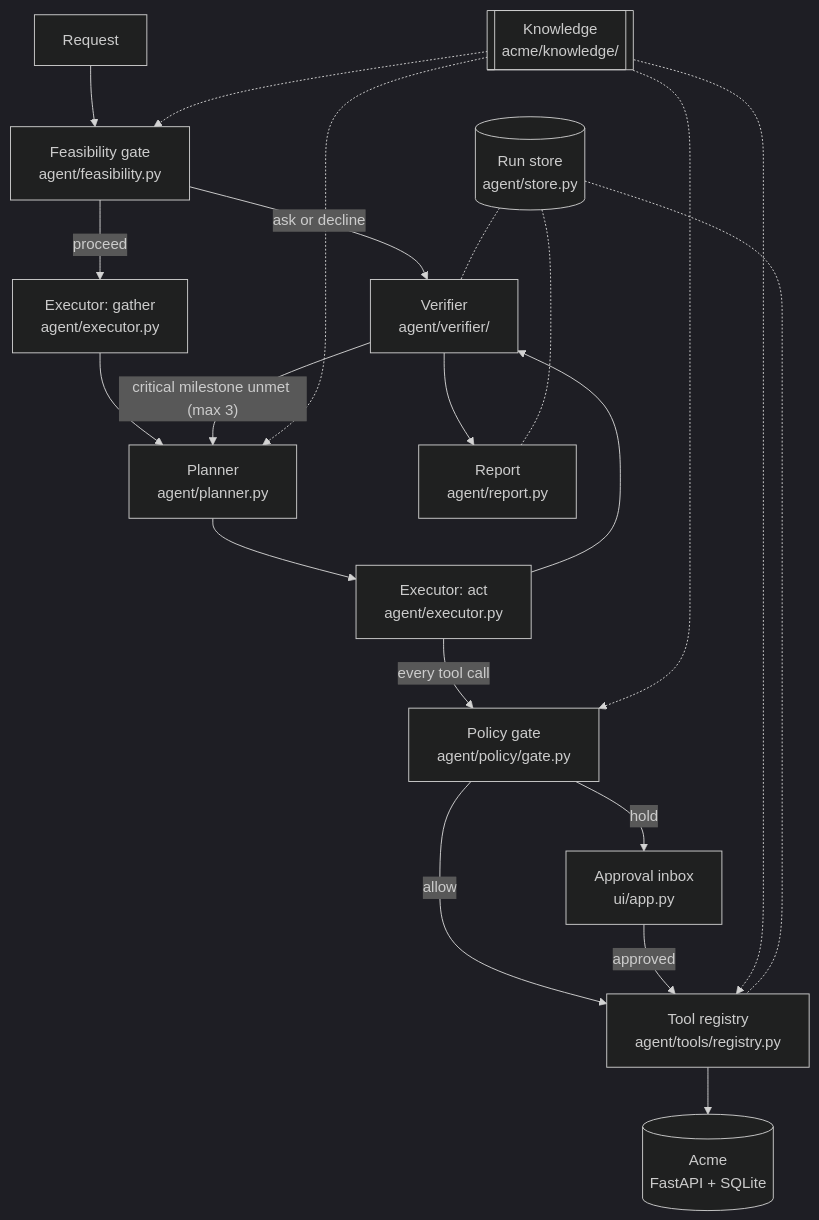
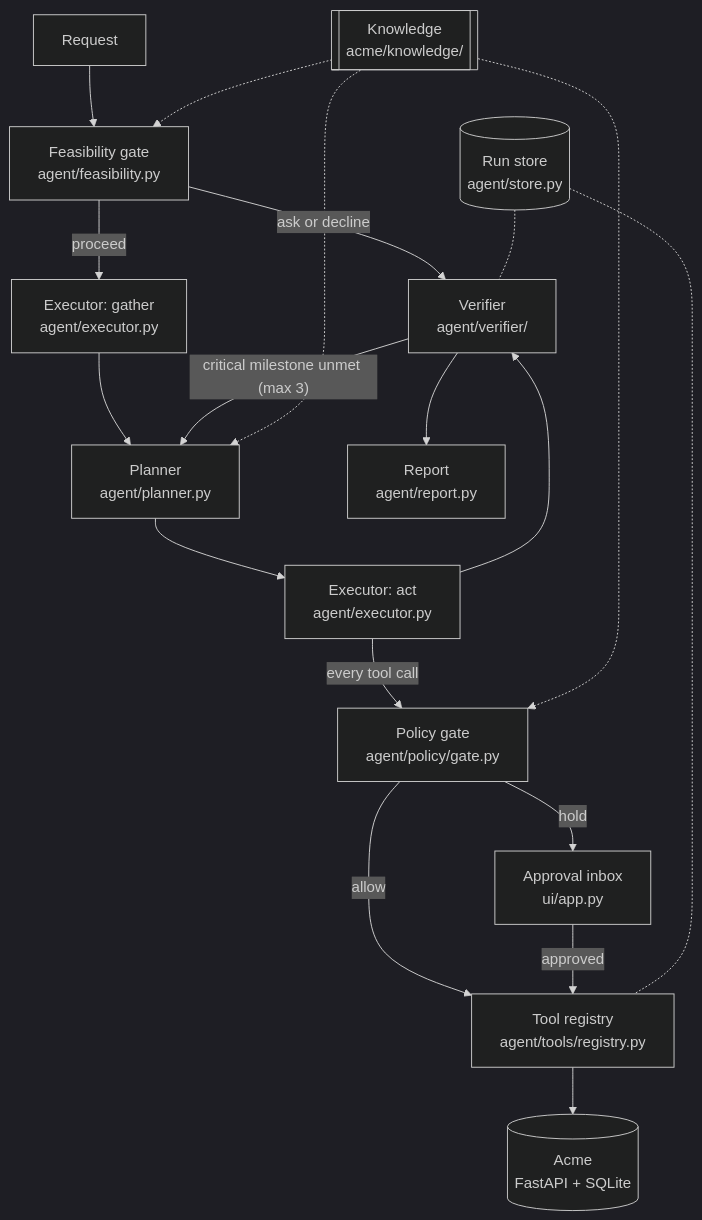
The first of 3 diagrams in README.md (Abhimanyu5100/centralign-operator), drawn with Mermaid (dark theme) before and after one commit. The commit also changed other lines of this file and 341 other files, not shown here.

````diff
--- a/README.md
+++ b/README.md
@@ -134,23 +100,21 @@
 ```mermaid
 flowchart TD
     R[Request] --> G["Feasibility gate<br/>agent/feasibility.py"]
     G -->|ask or decline| V
     G -->|proceed| X1["Executor: gather<br/>agent/executor.py"]
     X1 --> P["Planner<br/>agent/planner.py"]
     P --> X2["Executor: act<br/>agent/executor.py"]
     X2 -->|every tool call| PG["Policy gate<br/>agent/policy/gate.py"]
     PG -->|allow| TR["Tool registry<br/>agent/tools/registry.py"]
     PG -->|hold| AI["Approval inbox<br/>ui/app.py"]
     AI -->|approved| TR
     TR --> A[("Acme<br/>FastAPI + SQLite")]
     X2 --> V["Verifier<br/>agent/verifier/"]
     V -->|"critical milestone unmet (max 3)"| P
     V --> RP["Report<br/>agent/report.py"]
     K[["Knowledge<br/>acme/knowledge/"]] -.-> G
     K -.-> P
     K -.-> PG
-    K -.-> TR
     S[("Run store<br/>agent/store.py")] -.- TR
     S -.- V
-    S -.- RP
 ```
````
